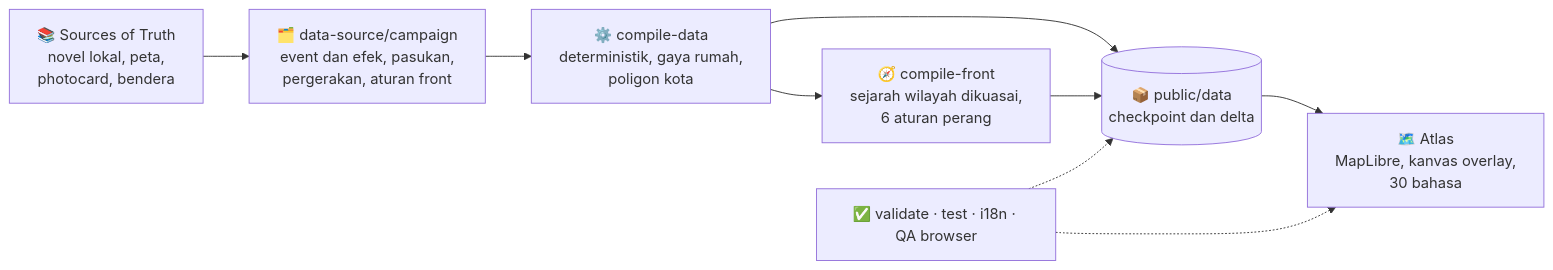
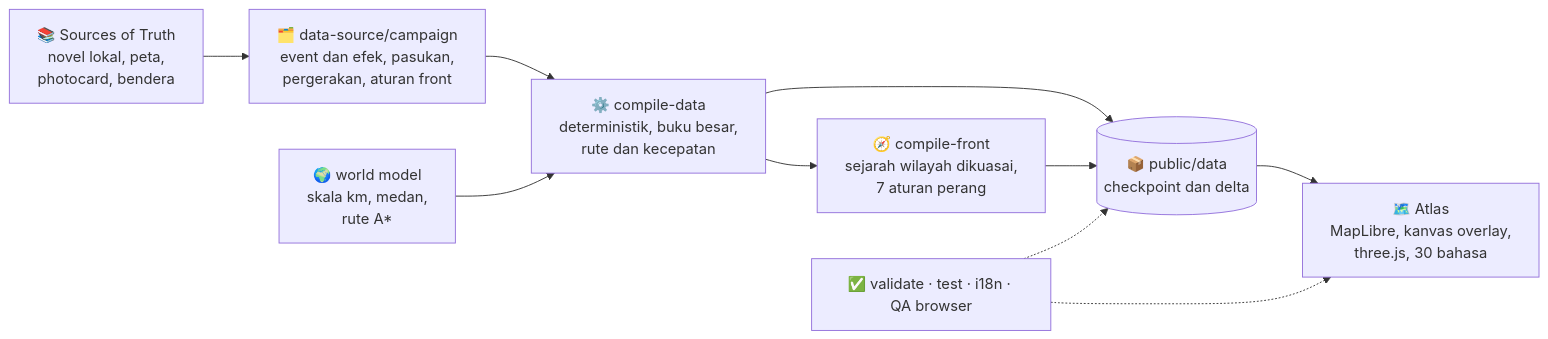
Before and after one commit to NuRichter/Tempest_Eastern_Empire_War_Map: the second of 2 diagrams in README.md, drawn with Mermaid. The commit also changed other lines of this file and 35 other files, not shown here.

````diff
--- a/README.md
+++ b/README.md
@@ -405,11 +413,12 @@
 ```mermaid
 flowchart LR
     A["📚 Sources of Truth<br/>novel lokal, peta,<br/>photocard, bendera"] --> B["🗂️ data-source/campaign<br/>event dan efek, pasukan,<br/>pergerakan, aturan front"]
-    B --> C["⚙️ compile-data<br/>deterministik, gaya rumah,<br/>poligon kota"]
-    C --> D["🧭 compile-front<br/>sejarah wilayah dikuasai,<br/>6 aturan perang"]
+    B --> C["⚙️ compile-data<br/>deterministik, buku besar,<br/>rute dan kecepatan"]
+    W["🌍 world model<br/>skala km, medan,<br/>rute A*"] --> C
+    C --> D["🧭 compile-front<br/>sejarah wilayah dikuasai,<br/>7 aturan perang"]
     C --> E[("📦 public/data<br/>checkpoint dan delta")]
     D --> E
-    E --> F["🗺️ Atlas<br/>MapLibre, kanvas overlay,<br/>30 bahasa"]
+    E --> F["🗺️ Atlas<br/>MapLibre, kanvas overlay,<br/>three.js, 30 bahasa"]
     G["✅ validate · test · i18n · QA browser"] -.-> E
     G -.-> F
 ```
````
